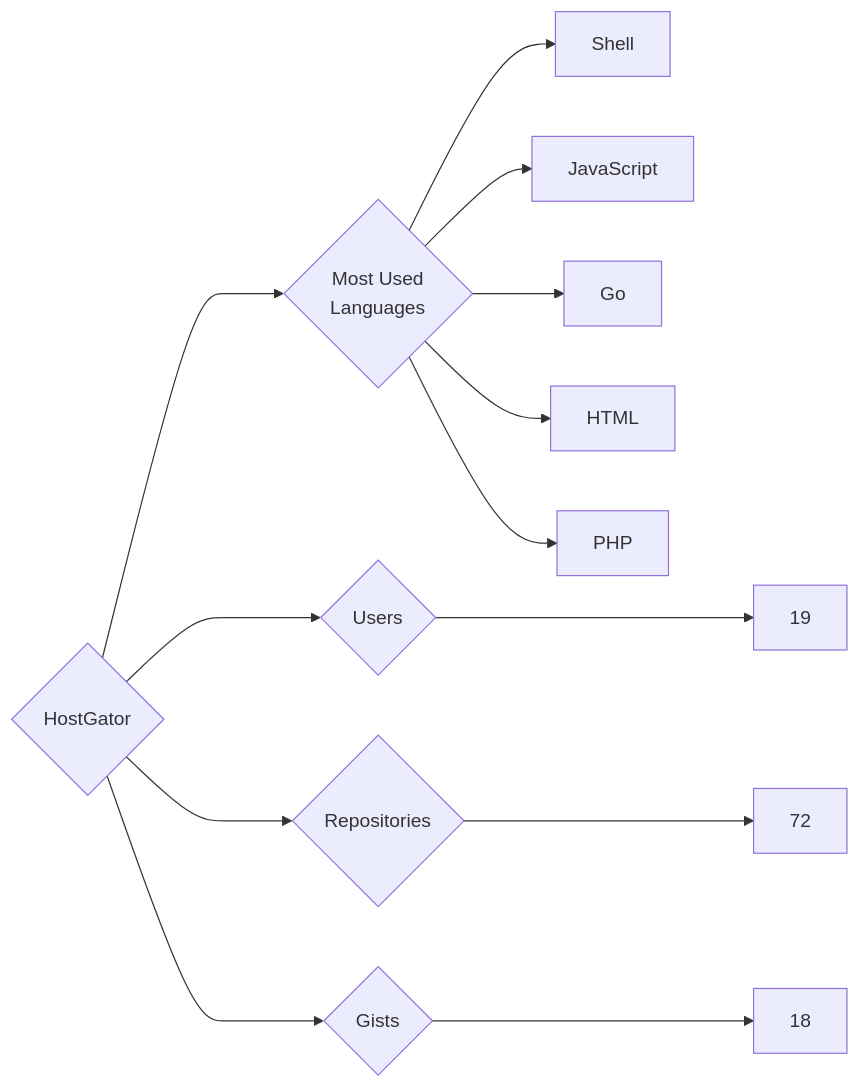
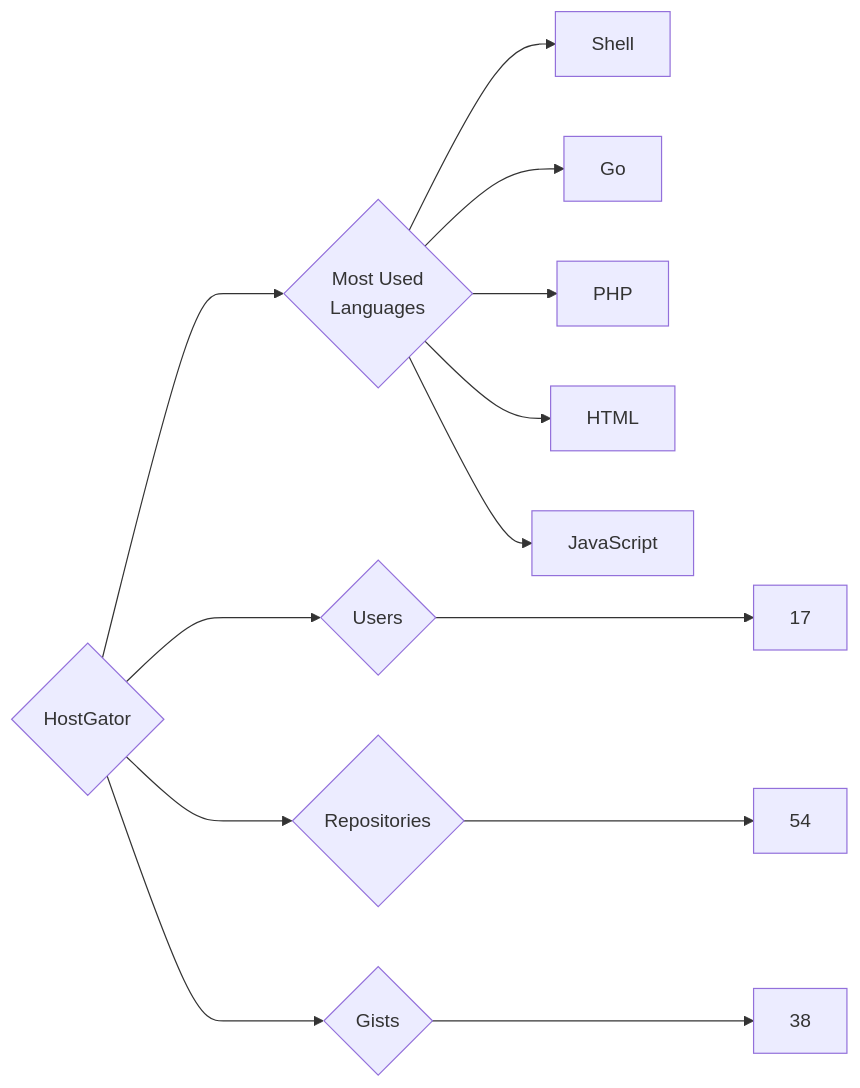
Before and after one commit to trickest/insiders: the diagram in targets/HostGator/README.md, drawn with Mermaid. The commit also changed 861 other files, not shown here.

````diff
--- a/targets/HostGator/README.md
+++ b/targets/HostGator/README.md
@@ -3,13 +3,13 @@
 ```mermaid
 graph LR
 COMPANY_NAME{HostGator}
-COMPANY_NAME ---> U{Users} ---> UN[19]
-COMPANY_NAME ---> R{Repositories} ---> RN[72]
-COMPANY_NAME ---> G{Gists} ---> GN[18]
+COMPANY_NAME ---> U{Users} ---> UN[17]
+COMPANY_NAME ---> R{Repositories} ---> RN[54]
+COMPANY_NAME ---> G{Gists} ---> GN[38]
 COMPANY_NAME ---> ML{Most Used<br>Languages}
 ML --> Shell[Shell]
+ML --> Go[Go]
+ML --> PHP[PHP]
+ML --> HTML[HTML]
 ML --> JavaScript[JavaScript]
-ML --> Go[Go]
-ML --> HTML[HTML]
-ML --> PHP[PHP]
 ```
````
